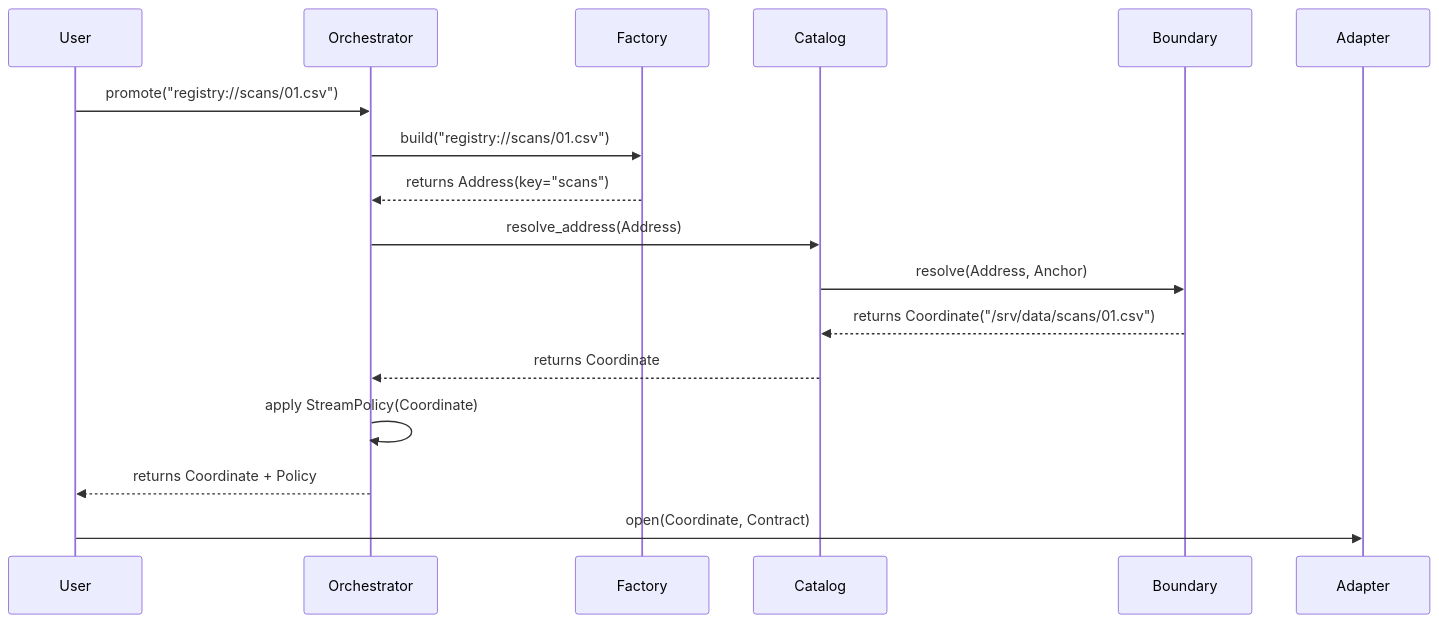
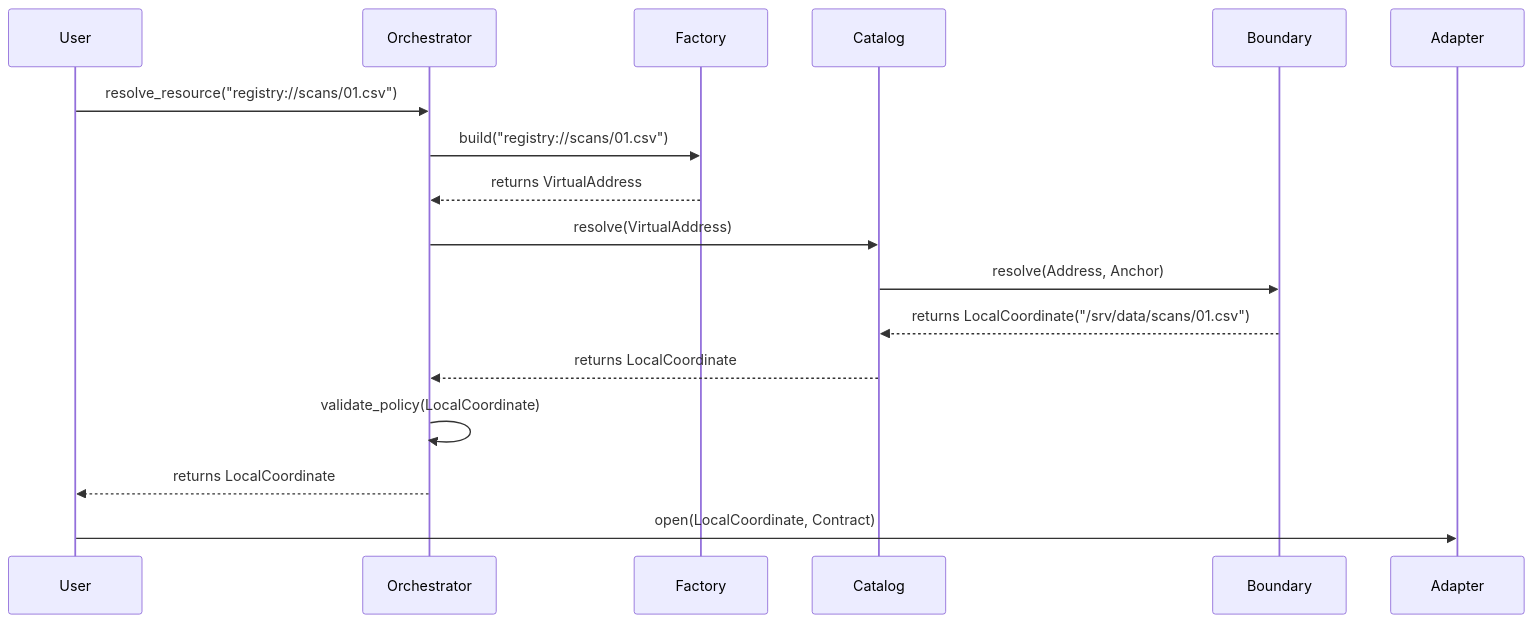
One commit to mnaatjes/etl-pipeline changed the diagram in docs/refactoring_stream_ports.md. Above: the diagram before and after it, drawn with Mermaid. The commit also changed other lines of this file and 30 other files, not shown here.

Commit message:
ResourceBoundary refactor completed

````diff
--- a/docs/refactoring_stream_ports.md
+++ b/docs/refactoring_stream_ports.md
@@ -210,23 +46,23 @@
 ```mermaid
 sequenceDiagram
     participant User
     participant Orchestrator
     participant Factory
     participant Catalog
     participant Boundary
     participant Adapter
 
-    User->>Orchestrator: promote("registry://scans/01.csv")
+    User->>Orchestrator: resolve_resource("registry://scans/01.csv")
     Orchestrator->>Factory: build("registry://scans/01.csv")
-    Factory-->>Orchestrator: returns Address(key="scans")
+    Factory-->>Orchestrator: returns VirtualAddress
 
-    Orchestrator->>Catalog: resolve_address(Address)
+    Orchestrator->>Catalog: resolve(VirtualAddress)
     Catalog->>Boundary: resolve(Address, Anchor)
-    Boundary-->>Catalog: returns Coordinate("/srv/data/scans/01.csv")
-    Catalog-->>Orchestrator: returns Coordinate
+    Boundary-->>Catalog: returns LocalCoordinate("/srv/data/scans/01.csv")
+    Catalog-->>Orchestrator: returns LocalCoordinate
 
-    Orchestrator->>Orchestrator: apply StreamPolicy(Coordinate)
+    Orchestrator->>Orchestrator: validate_policy(LocalCoordinate)
 
-    Orchestrator-->>User: returns Coordinate + Policy
-    User->>Adapter: open(Coordinate, Contract)
+    Orchestrator-->>User: returns LocalCoordinate
+    User->>Adapter: open(LocalCoordinate, Contract)
 ```
````
